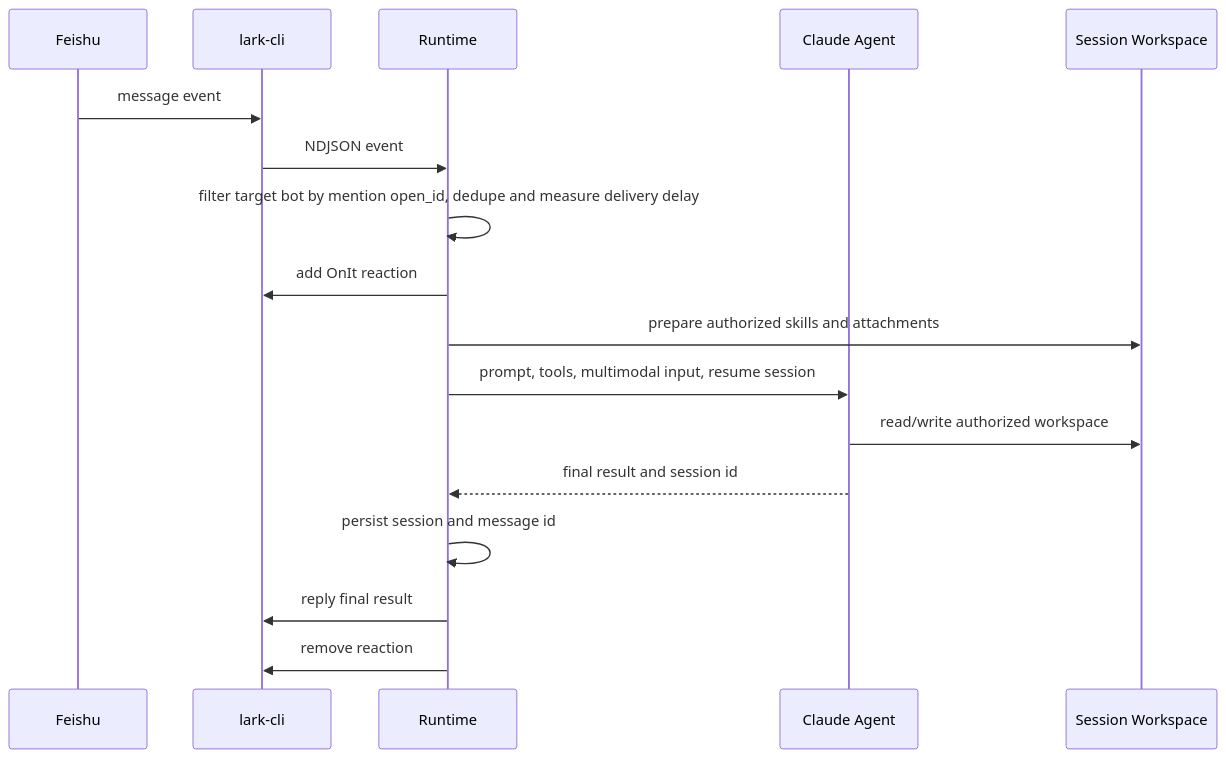
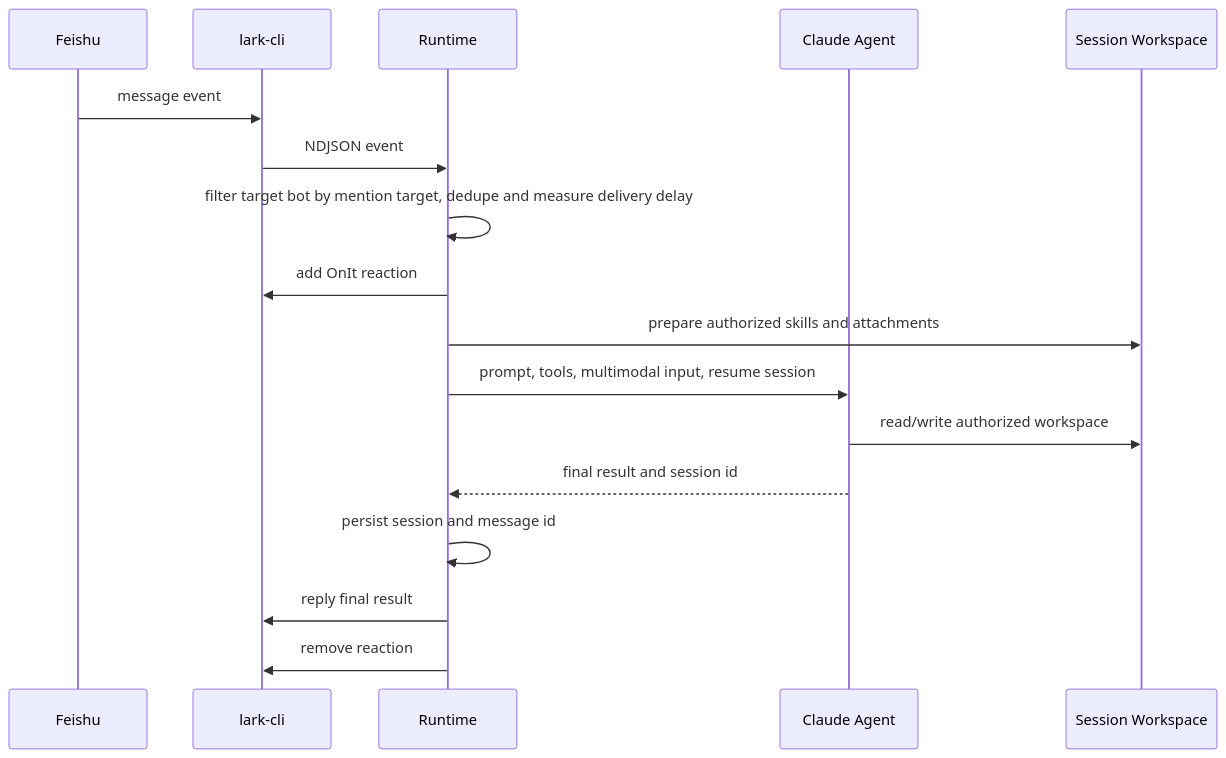
One commit to Quarkfan/QuarkFanTools changed the second of 2 diagrams in docs/architecture.md. Above: the diagram before and after it, drawn with Mermaid. The commit also changed other lines of this file and 9 other files, not shown here.

````diff
--- a/docs/architecture.md
+++ b/docs/architecture.md
@@ -30,20 +30,20 @@
 ```mermaid
 sequenceDiagram
     participant F as Feishu
     participant L as lark-cli
     participant R as Runtime
     participant C as Claude Agent
     participant W as Session Workspace
 
     F->>L: message event
     L->>R: NDJSON event
-    R->>R: filter target bot by mention open_id, dedupe and measure delivery delay
+    R->>R: filter target bot by mention target, dedupe and measure delivery delay
     R->>L: add OnIt reaction
     R->>W: prepare authorized skills and attachments
     R->>C: prompt, tools, multimodal input, resume session
     C->>W: read/write authorized workspace
     C-->>R: final result and session id
     R->>R: persist session and message id
     R->>L: reply final result
     R->>L: remove reaction
 ```
````
